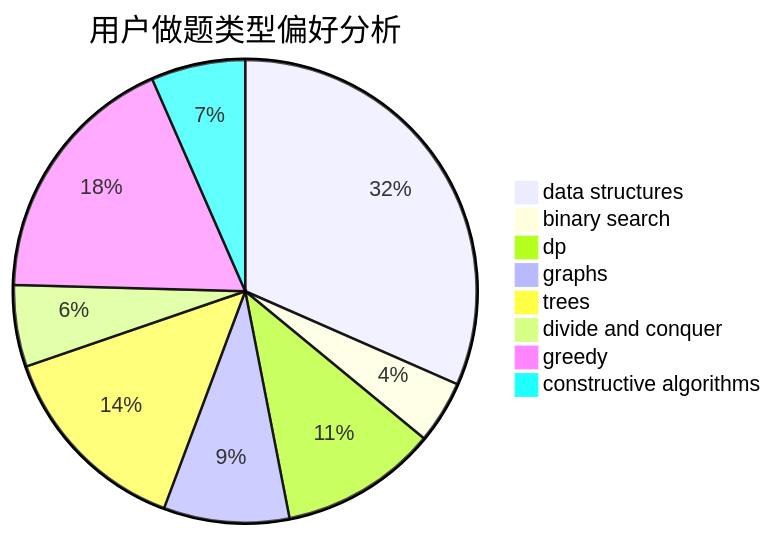
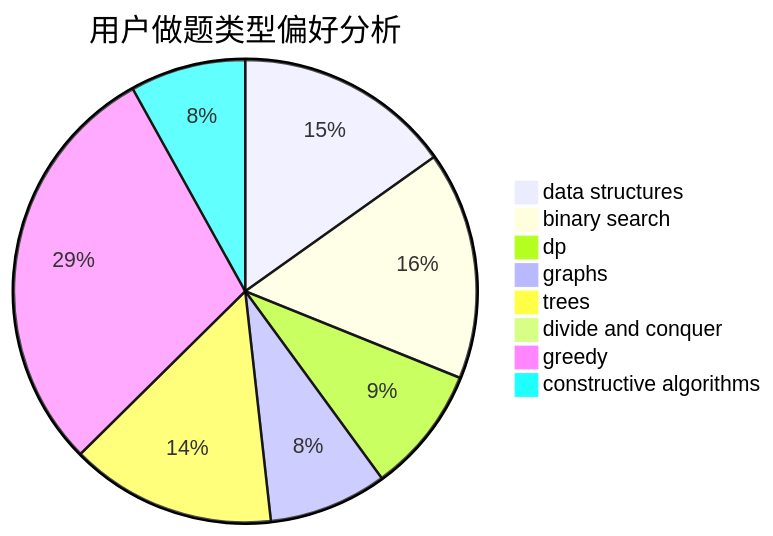
The second of 3 diagrams in docs/user/u1190.md (sherpahu/cfrs.github.io), drawn with Mermaid before and after one commit. The commit also changed other lines of this file and 2770 other files, not shown here.

````diff
--- a/docs/user/u1190.md
+++ b/docs/user/u1190.md
@@ -23,11 +23,11 @@
 ```mermaid
 pie title 用户做题类型偏好分析
-    "data structures" :  72
-    "binary search" :  10
-    "dp" :  25
-    "graphs" :  20
-    "trees" :  32
-    "divide and conquer" :  13
-    "greedy" :  41
-    "constructive algorithms" :  15
+    "data structures" :  77
+    "binary search" :  81
+    "dp" :  45
+    "graphs" :  42
+    "trees" :  73
+    "divide and conquer" :  0
+    "greedy" :  149
+    "constructive algorithms" :  41
 ```
````
